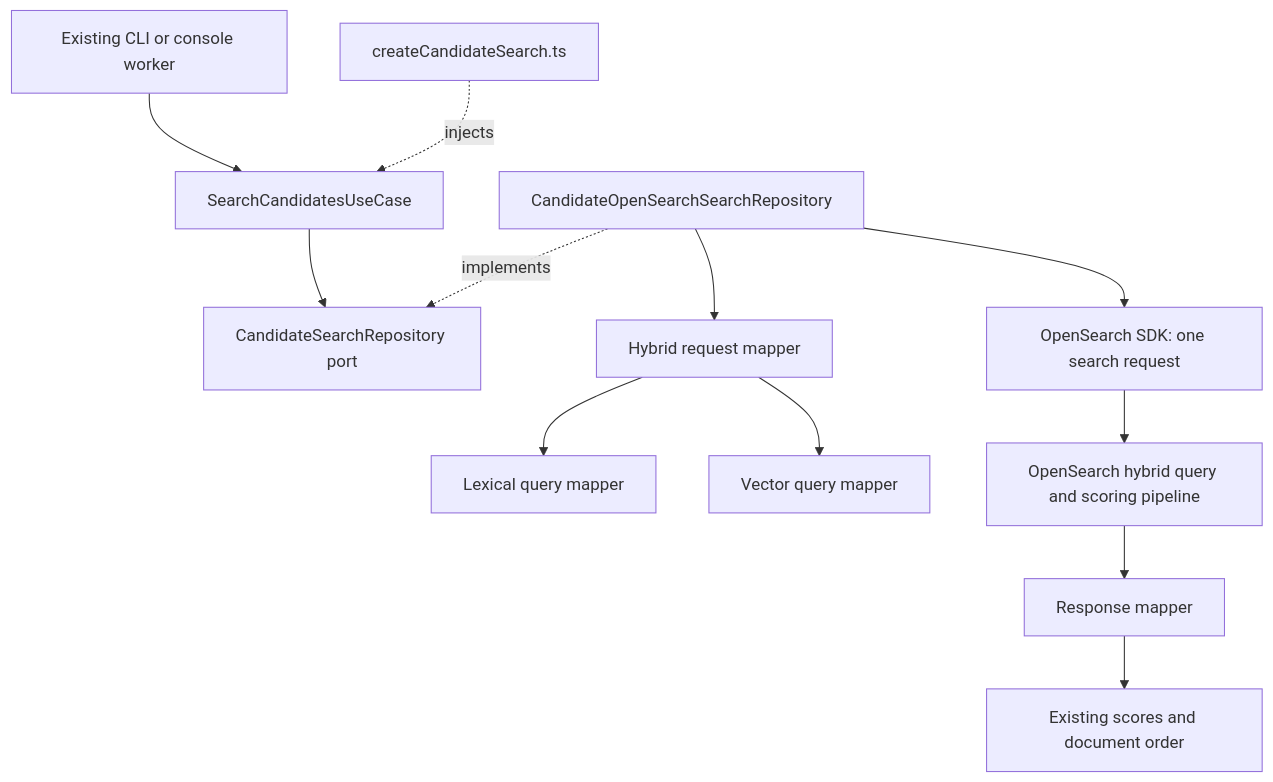
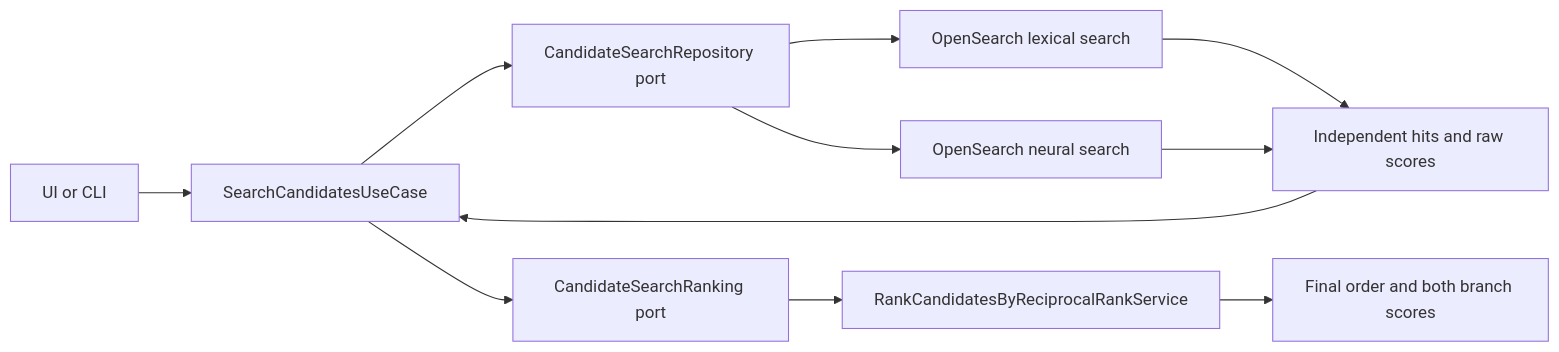
One commit to rajarshi-mazumder/IndexedSearchPOC changed the diagram in docs/dataSearchRefactor.md. Above: the diagram before and after it, drawn with Mermaid. The commit also changed other lines of this file and 55 other files, not shown here.

Commit message:
Rank independent lexical and vector results with backend RRF

````diff
--- a/docs/dataSearchRefactor.md
+++ b/docs/dataSearchRefactor.md
@@ -61,14 +9,13 @@
 ```mermaid
-flowchart TD
-    Host[Existing CLI or console worker] --> UseCase[SearchCandidatesUseCase]
-    Composition[createCandidateSearch.ts] -. injects .-> UseCase
-    UseCase --> Port[CandidateSearchRepository port]
-    Repository[CandidateOpenSearchSearchRepository] -. implements .-> Port
-    Repository --> Request[Hybrid request mapper]
-    Request --> Lexical[Lexical query mapper]
-    Request --> Vector[Vector query mapper]
-    Repository --> SDK[OpenSearch SDK: one search request]
-    SDK --> Engine[OpenSearch hybrid query and scoring pipeline]
-    Engine --> Response[Response mapper]
-    Response --> Results[Existing scores and document order]
+flowchart LR
+    UI[UI or CLI] --> UseCase[SearchCandidatesUseCase]
+    UseCase --> Repository[CandidateSearchRepository port]
+    Repository --> Lexical[OpenSearch lexical search]
+    Repository --> Vector[OpenSearch neural search]
+    Lexical --> Hits[Independent hits and raw scores]
+    Vector --> Hits
+    Hits --> UseCase
+    UseCase --> Ranking[CandidateSearchRanking port]
+    Ranking --> RRF[RankCandidatesByReciprocalRankService]
+    RRF --> Results[Final order and both branch scores]
 ```
````
